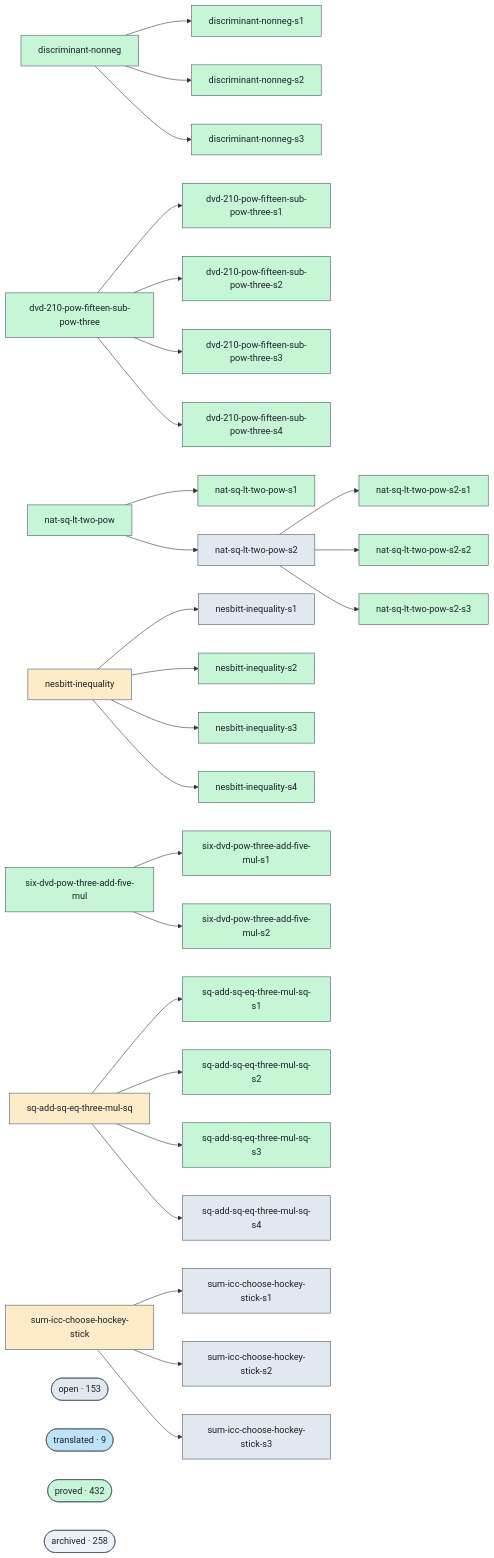
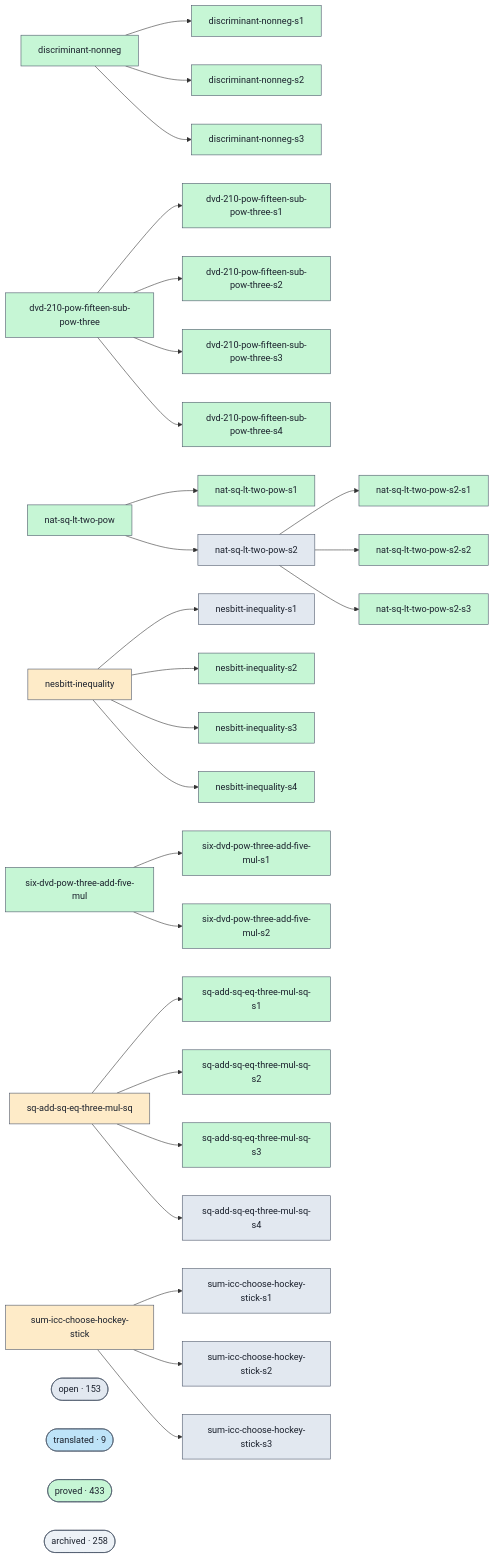
Before and after one commit to ohdearquant/unsorry: the diagram in docs/proofs-contributors-visualisation.md, drawn with Mermaid. The commit also changed other lines of this file and 2 other files, not shown here.

```diff
--- a/docs/proofs-contributors-visualisation.md
+++ b/docs/proofs-contributors-visualisation.md
@@ -147,7 +147,7 @@
   class cluster_open open;
   cluster_translated(["translated · 9"])
   class cluster_translated translated;
-  cluster_proved(["proved · 432"])
+  cluster_proved(["proved · 433"])
   class cluster_proved proved;
   cluster_archived(["archived · 258"])
   class cluster_archived unknown;
```
